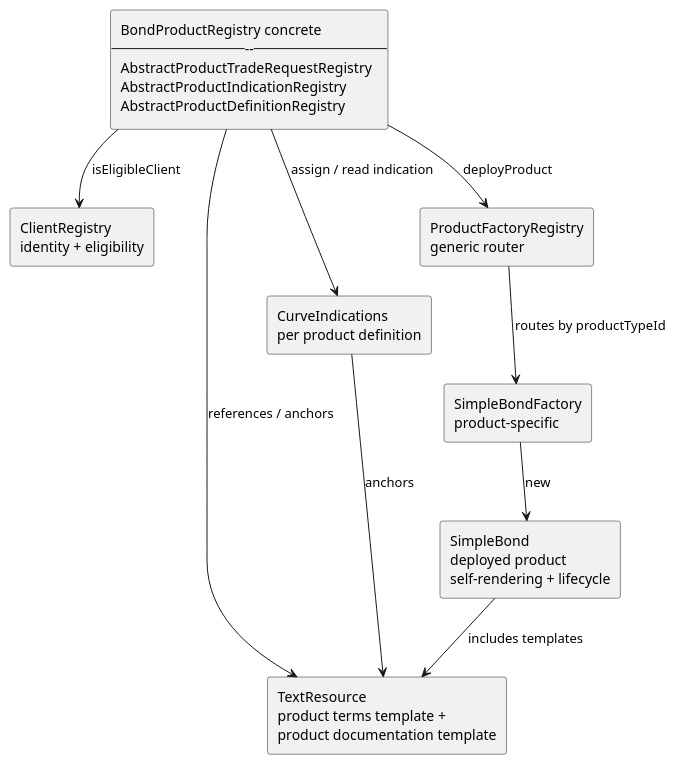
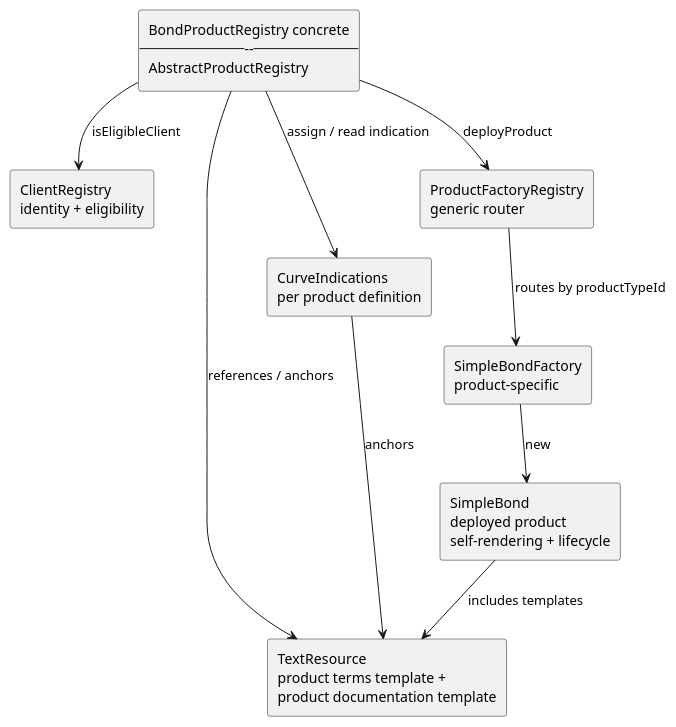
The diagram in framework/origins/representable-contract-state/documentation/smart-product-framework.md (Julius278/finmath-smart-derivative-contract), drawn with PlantUML before and after one commit. The commit also changed other lines of this file and 12 other files, not shown here.

Commit message:
Flattened the 3-registry layers. The definition, indication and tradeRequest is fused in AbstractProductRegistry. Then product specific part is in BondProductRegistry.

````diff
--- a/framework/origins/representable-contract-state/documentation/smart-product-framework.md
+++ b/framework/origins/representable-contract-state/documentation/smart-product-framework.md
@@ -55,23 +55,23 @@
 ```plantuml
 @startuml
 skinparam componentStyle rectangle
 top to bottom direction
 
 rectangle "ClientRegistry\nidentity + eligibility" as IR
-rectangle "BondProductRegistry concrete\n------\nAbstractProductTradeRequestRegistry\nAbstractProductIndicationRegistry\nAbstractProductDefinitionRegistry" as REG
+rectangle "BondProductRegistry concrete\n------\nAbstractProductRegistry" as REG
 rectangle "TextResource\nproduct terms template +\nproduct documentation template" as TR
 rectangle "CurveIndications\nper product definition" as CI
 rectangle "ProductFactoryRegistry\ngeneric router" as GF
 rectangle "SimpleBondFactory\nproduct-specific" as SF
 rectangle "SimpleBond\ndeployed product\nself-rendering + lifecycle" as P
 
 REG --> IR : isEligibleClient
 REG --> TR : references / anchors
 REG --> CI : assign / read indication
 CI  --> TR : anchors
 REG --> GF : deployProduct
 GF  --> SF : routes by productTypeId
 SF  --> P  : new
 P   --> TR : includes templates
 @enduml
 ```
````
